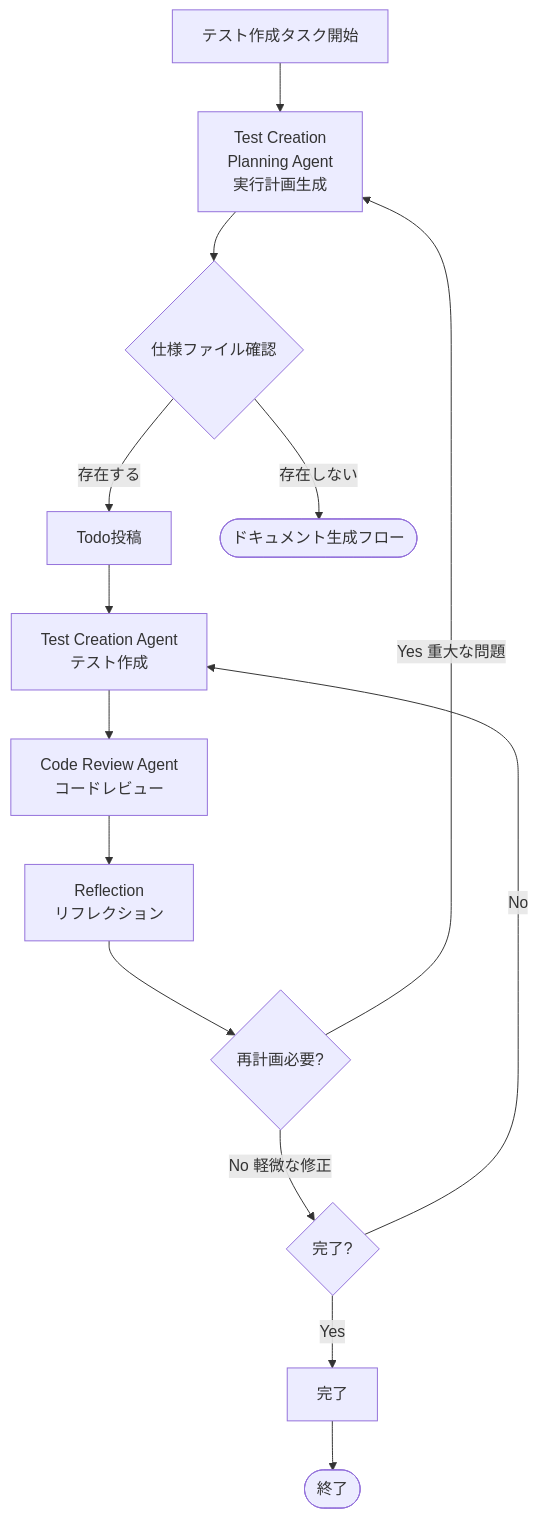
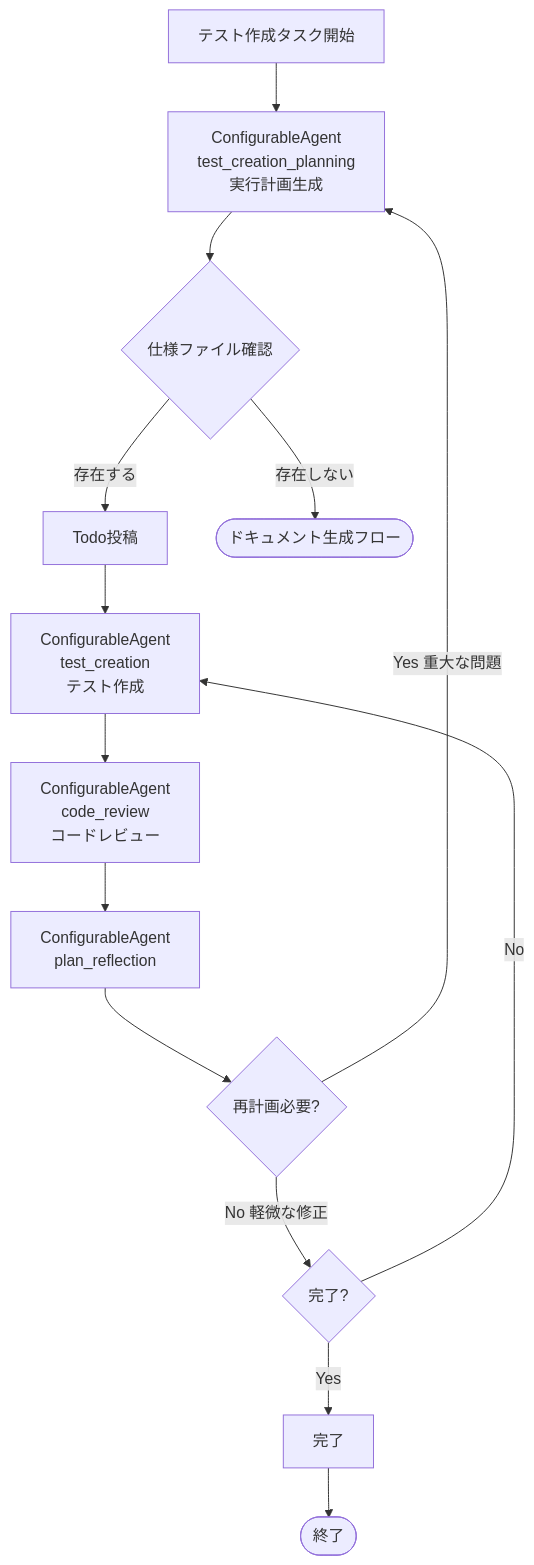
Diagram 11 of 15 in docs/CODE_AGENT_ORCHESTRATOR_SPEC.md (notfolder/CodeAgentOrchestrator), drawn with Mermaid before and after one commit. The commit also changed other lines of this file, not shown here.

Commit message:
CODE_AGENT_ORCHESTRATOR_SPEC.md: 設定ベースのエージェント設計に更新

````diff
--- a/docs/CODE_AGENT_ORCHESTRATOR_SPEC.md
+++ b/docs/CODE_AGENT_ORCHESTRATOR_SPEC.md
@@ -1804,20 +1858,20 @@
 ```mermaid
 flowchart TD
-    Start[テスト作成タスク開始] --> Planning[Test Creation<br/>Planning Agent<br/>実行計画生成]
+    Start[テスト作成タスク開始] --> Planning[ConfigurableAgent<br/>test_creation_planning<br/>実行計画生成]
     Planning --> SpecCheck{仕様ファイル確認}
     
     SpecCheck -->|存在する| Todo[Todo投稿]
     SpecCheck -->|存在しない| End1([ドキュメント生成フロー])
     
-    Todo --> TestCreate[Test Creation Agent<br/>テスト作成]
-    TestCreate --> CodeReview[Code Review Agent<br/>コードレビュー]
+    Todo --> TestCreate[ConfigurableAgent<br/>test_creation<br/>テスト作成]
+    TestCreate --> CodeReview[ConfigurableAgent<br/>code_review<br/>コードレビュー]
     
-    CodeReview --> Reflection[Reflection<br/>リフレクション]
+    CodeReview --> Reflection[ConfigurableAgent<br/>plan_reflection]
     Reflection --> ReplanCheck{再計画必要?}
     ReplanCheck -->|Yes 重大な問題| Planning
     ReplanCheck -->|No 軽微な修正| Complete{完了?}
     
     Complete -->|No| TestCreate
     Complete -->|Yes| Finish[完了]
     Finish --> End2([終了])
 ```
````
